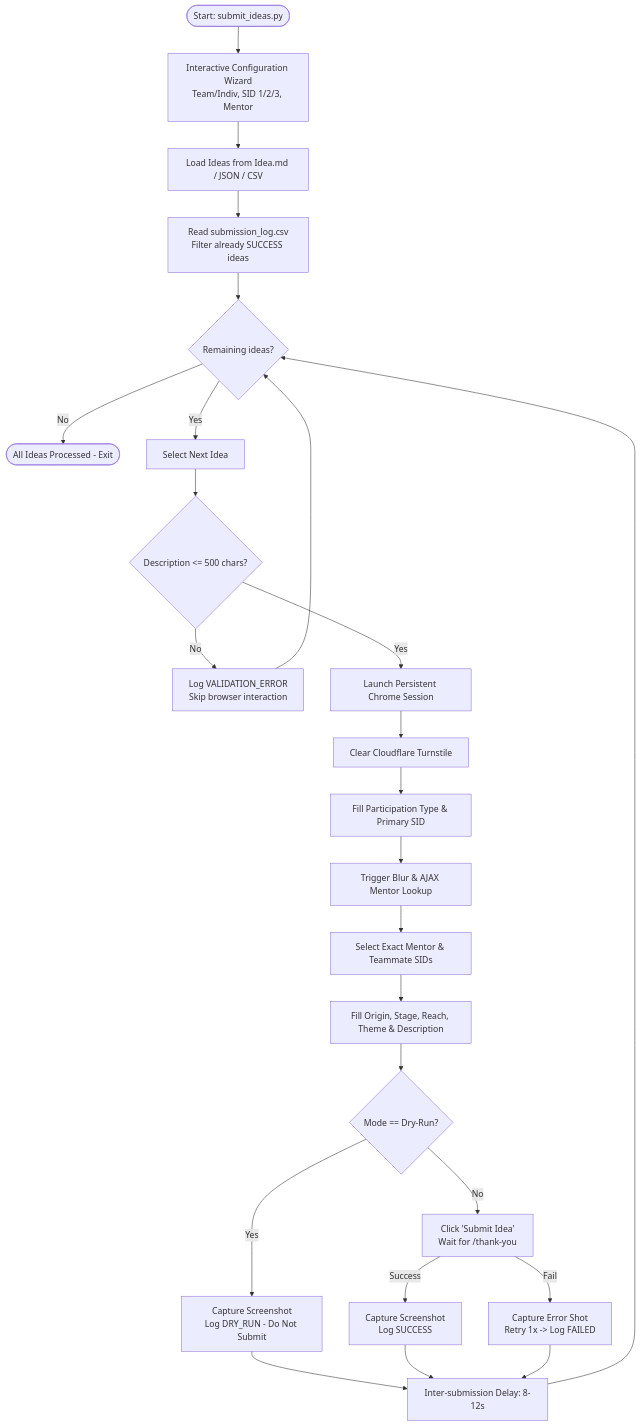
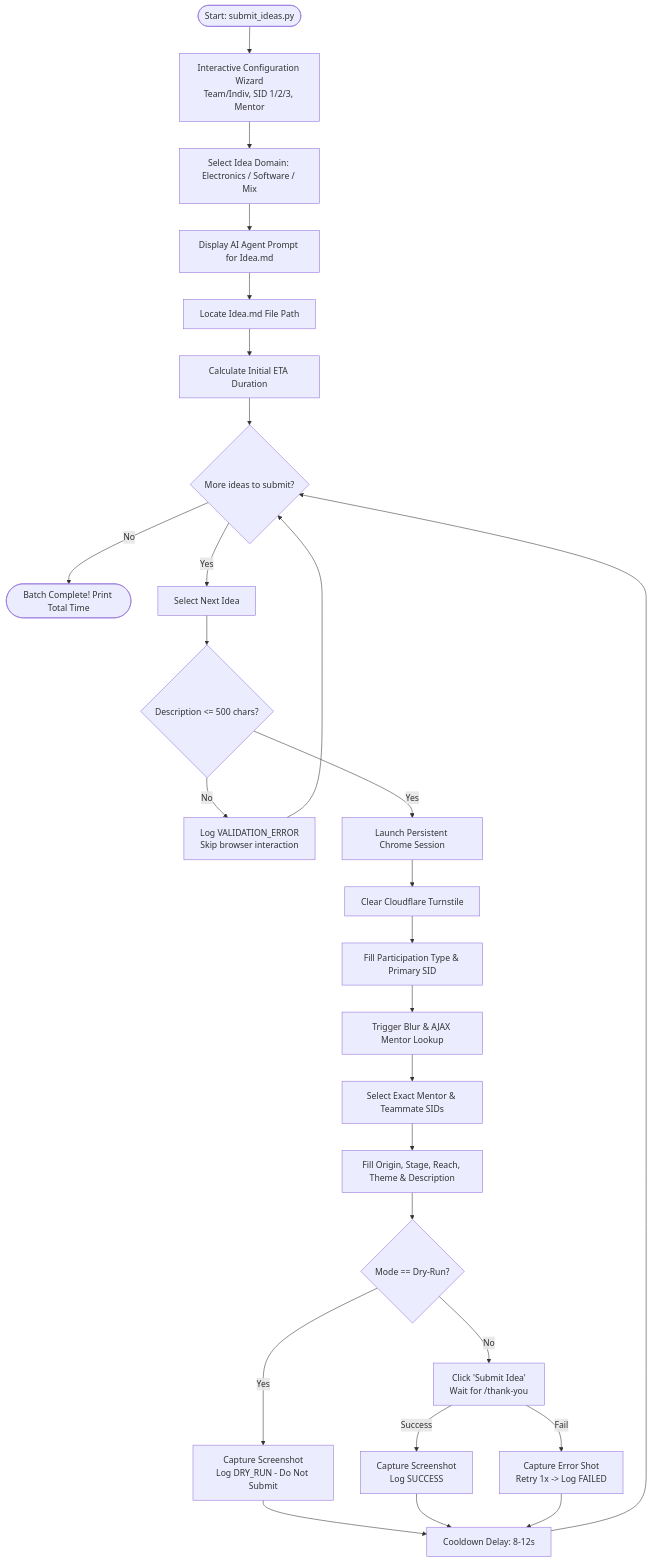
Before and after one commit to rKyzen/Youth-Ideathon-Bot: the diagram in README.md, drawn with Mermaid. The commit also changed other lines of this file and 4 other files, not shown here.

Commit message:
feat: add ETA calculation, remove default idea skipping, add domain selector and AI prompt in CLI

````diff
--- a/README.md
+++ b/README.md
@@ -57,27 +61,29 @@
 ```mermaid
 flowchart TD
     A([Start: submit_ideas.py]) --> B[Interactive Configuration Wizard\nTeam/Indiv, SID 1/2/3, Mentor]
-    B --> C[Load Ideas from Idea.md / JSON / CSV]
-    C --> D[Read submission_log.csv\nFilter already SUCCESS ideas]
-    D --> E{Remaining ideas?}
-    E -- No --> Z([All Ideas Processed - Exit])
-    E -- Yes --> F[Select Next Idea]
-    F --> G{Description <= 500 chars?}
-    G -- No --> H[Log VALIDATION_ERROR\nSkip browser interaction]
-    H --> E
-    G -- Yes --> I[Launch Persistent Chrome Session]
-    I --> J[Clear Cloudflare Turnstile]
-    J --> K[Fill Participation Type & Primary SID]
-    K --> L[Trigger Blur & AJAX Mentor Lookup]
-    L --> M[Select Exact Mentor & Teammate SIDs]
-    M --> N[Fill Origin, Stage, Reach, Theme & Description]
-    N --> O{Mode == Dry-Run?}
-    O -- Yes --> P[Capture Screenshot\nLog DRY_RUN - Do Not Submit]
-    P --> T[Inter-submission Delay: 8-12s]
-    O -- No --> Q[Click 'Submit Idea'\nWait for /thank-you]
-    Q -- Success --> R[Capture Screenshot\nLog SUCCESS]
-    Q -- Fail --> S[Capture Error Shot\nRetry 1x -> Log FAILED]
-    R --> T
-    S --> T
-    T --> E
+    B --> C[Select Idea Domain: Electronics / Software / Mix]
+    C --> D[Display AI Agent Prompt for Idea.md]
+    D --> E[Locate Idea.md File Path]
+    E --> F[Calculate Initial ETA Duration]
+    F --> G{More ideas to submit?}
+    G -- No --> Z([Batch Complete! Print Total Time])
+    G -- Yes --> H[Select Next Idea]
+    H --> I{Description <= 500 chars?}
+    I -- No --> J[Log VALIDATION_ERROR\nSkip browser interaction]
+    J --> G
+    I -- Yes --> K[Launch Persistent Chrome Session]
+    K --> L[Clear Cloudflare Turnstile]
+    L --> M[Fill Participation Type & Primary SID]
+    M --> N[Trigger Blur & AJAX Mentor Lookup]
+    N --> O[Select Exact Mentor & Teammate SIDs]
+    O --> P[Fill Origin, Stage, Reach, Theme & Description]
+    P --> Q{Mode == Dry-Run?}
+    Q -- Yes --> R[Capture Screenshot\nLog DRY_RUN - Do Not Submit]
+    R --> U[Cooldown Delay: 8-12s]
+    Q -- No --> S[Click 'Submit Idea'\nWait for /thank-you]
+    S -- Success --> T[Capture Screenshot\nLog SUCCESS]
+    S -- Fail --> V[Capture Error Shot\nRetry 1x -> Log FAILED]
+    T --> U
+    V --> U
+    U --> G
 ```
````
